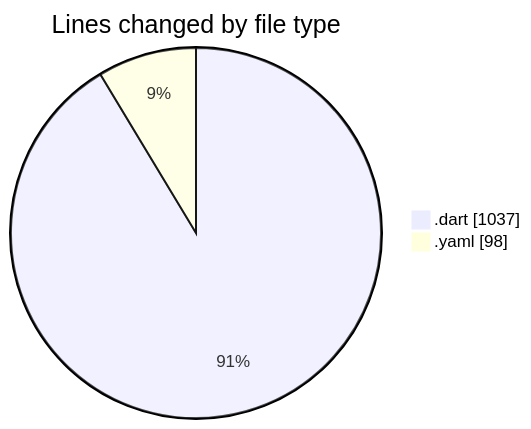
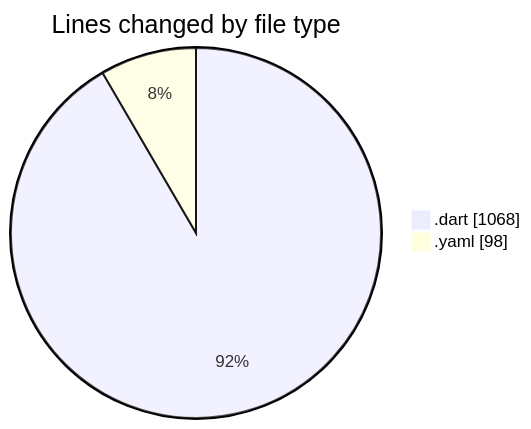
The first of 2 diagrams in 2025-11-01/weather_insights_app/README.md (donsfak/code-tracking), drawn with Mermaid before and after one commit. The commit also changed other lines of this file and 1 other file, not shown here.

````diff
--- a/2025-11-01/weather_insights_app/README.md
+++ b/2025-11-01/weather_insights_app/README.md
@@ -26,6 +27,6 @@
 ```mermaid
 pie showData
 title Lines changed by file type
-".dart" : 1037
+".dart" : 1068
 ".yaml" : 98
 ```
````
